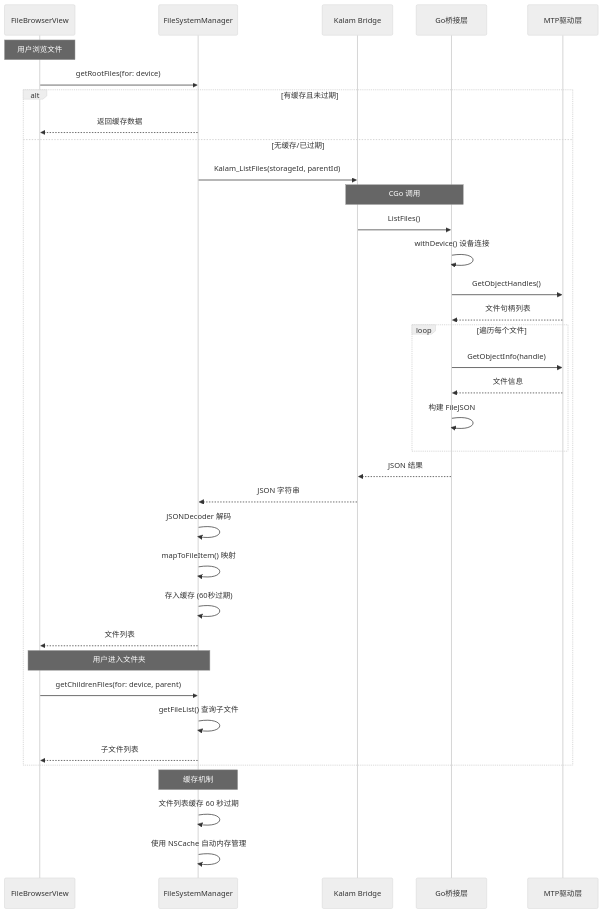
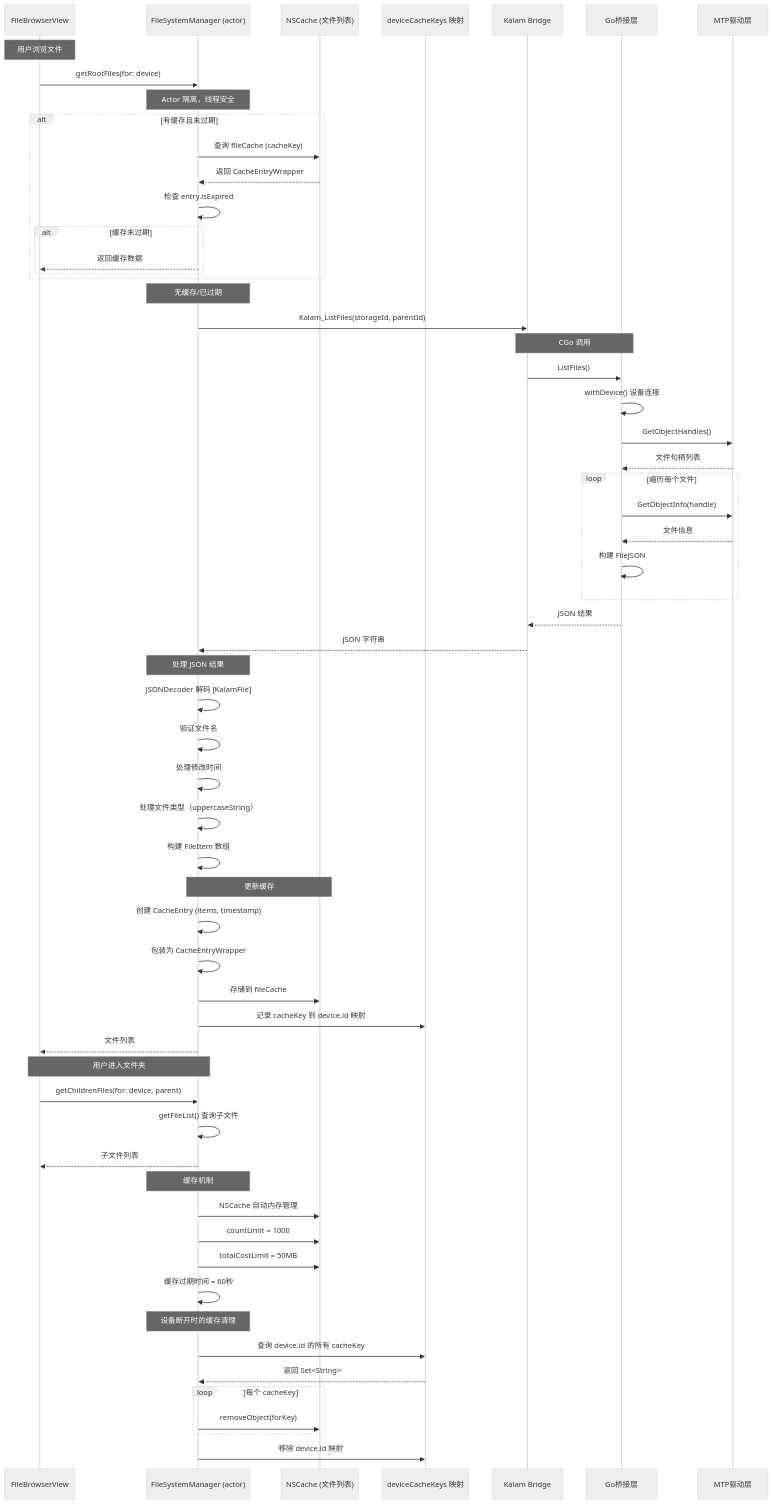
The third of 7 diagrams in docs/sequence-diagrams.md (wang93wei/SwiftMTP), drawn with Mermaid (neutral theme) before and after one commit. The commit also changed other lines of this file, not shown here.

First line of the commit message:
docs(sequence-diagrams): 更新时序图和架构图文档，补充线程模型和缓存机制细节

````diff
--- a/docs/sequence-diagrams.md
+++ b/docs/sequence-diagrams.md
@@ -284,46 +284,74 @@
 ```mermaid
 sequenceDiagram
     participant View as FileBrowserView
-    participant FSM as FileSystemManager
+    participant FSM as FileSystemManager (actor)
+    participant Cache as NSCache (文件列表)
+    participant CacheMap as deviceCacheKeys 映射
     participant Bridge as Kalam Bridge
     participant Go as Go桥接层
     participant MTP as MTP驱动层
 
     Note over View: 用户浏览文件
     View->>FSM: getRootFiles(for: device)
-    
+    Note over FSM: Actor 隔离，线程安全
+
     alt 有缓存且未过期
-        FSM-->>View: 返回缓存数据
-    else 无缓存/已过期
-        FSM->>Bridge: Kalam_ListFiles(storageId, parentId)
-        
-        Note over Bridge,Go: CGo 调用
-        Bridge->>Go: ListFiles()
-        Go->>Go: withDevice() 设备连接
-        Go->>MTP: GetObjectHandles()
-        MTP-->>Go: 文件句柄列表
-        
-        loop 遍历每个文件
-            Go->>MTP: GetObjectInfo(handle)
-            MTP-->>Go: 文件信息
-            Go->>Go: 构建 FileJSON
+        FSM->>Cache: 查询 fileCache (cacheKey)
+        Cache-->>FSM: 返回 CacheEntryWrapper
+        FSM->>FSM: 检查 entry.isExpired
+        alt 缓存未过期
+            FSM-->>View: 返回缓存数据
         end
-        
-        Go-->>Bridge: JSON 结果
-        Bridge-->>FSM: JSON 字符串
-        
-        FSM->>FSM: JSONDecoder 解码
-        FSM->>FSM: mapToFileItem() 映射
-        FSM->>FSM: 存入缓存 (60秒过期)
-        FSM-->>View: 文件列表
-    
+    end
+
+    Note over FSM: 无缓存/已过期
+    FSM->>Bridge: Kalam_ListFiles(storageId, parentId)
+
+    Note over Bridge,Go: CGo 调用
+    Bridge->>Go: ListFiles()
+    Go->>Go: withDevice() 设备连接
+    Go->>MTP: GetObjectHandles()
+    MTP-->>Go: 文件句柄列表
+
+    loop 遍历每个文件
+        Go->>MTP: GetObjectInfo(handle)
+        MTP-->>Go: 文件信息
+        Go->>Go: 构建 FileJSON
+    end
+
+    Go-->>Bridge: JSON 结果
+    Bridge-->>FSM: JSON 字符串
+
+    Note over FSM: 处理 JSON 结果
+    FSM->>FSM: JSONDecoder 解码 [KalamFile]
+    FSM->>FSM: 验证文件名
+    FSM->>FSM: 处理修改时间
+    FSM->>FSM: 处理文件类型（uppercaseString）
+    FSM->>FSM: 构建 FileItem 数组
+
+    Note over FSM,Cache: 更新缓存
+    FSM->>FSM: 创建 CacheEntry (items, timestamp)
+    FSM->>FSM: 包装为 CacheEntryWrapper
+    FSM->>Cache: 存储到 fileCache
+    FSM->>CacheMap: 记录 cacheKey 到 device.id 映射
+    FSM-->>View: 文件列表
+
     Note over View,FSM: 用户进入文件夹
     View->>FSM: getChildrenFiles(for: device, parent)
     FSM->>FSM: getFileList() 查询子文件
     FSM-->>View: 子文件列表
-    END
 
     Note over FSM: 缓存机制
-    FSM->>FSM: 文件列表缓存 60 秒过期
-    FSM->>FSM: 使用 NSCache 自动内存管理
+    FSM->>Cache: NSCache 自动内存管理
+    FSM->>Cache: countLimit = 1000
+    FSM->>Cache: totalCostLimit = 50MB
+    FSM->>FSM: 缓存过期时间 = 60秒
+
+    Note over FSM: 设备断开时的缓存清理
+    FSM->>CacheMap: 查询 device.id 的所有 cacheKey
+    CacheMap-->>FSM: 返回 Set<String>
+    loop 每个 cacheKey
+        FSM->>Cache: removeObject(forKey)
+    end
+    FSM->>CacheMap: 移除 device.id 映射
 ```
````
